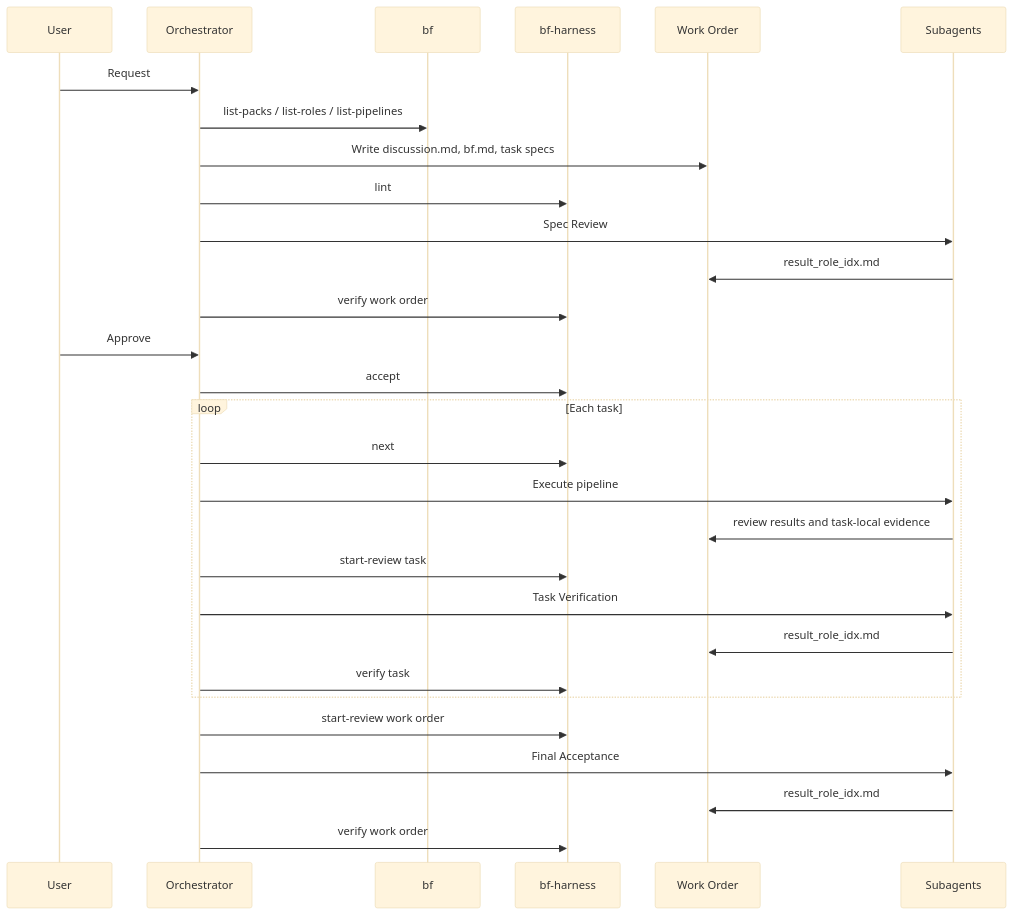
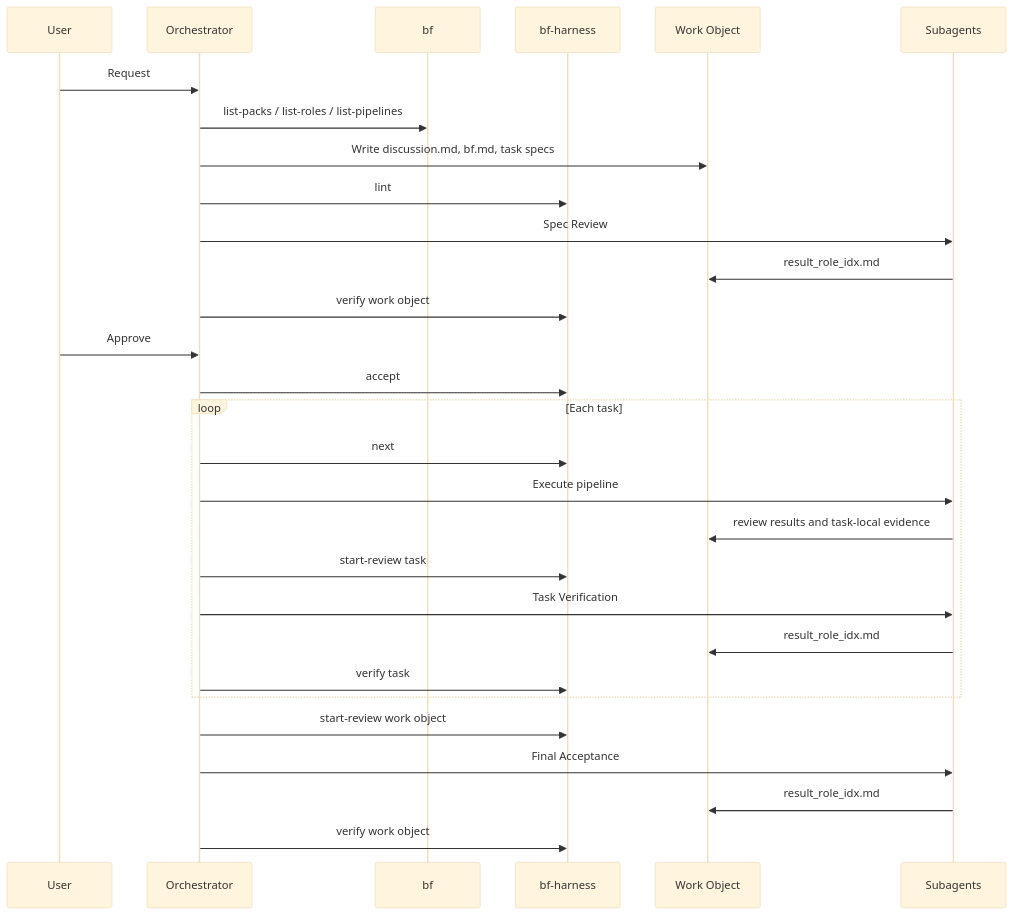
One commit to codetreker/blueprintflow changed the second of 2 diagrams in docs/architecture.md. Above: the diagram before and after it, drawn with Mermaid (base theme). The commit also changed other lines of this file and 28 other files, not shown here.

````diff
--- a/docs/architecture.md
+++ b/docs/architecture.md
@@ -77,32 +77,32 @@
 ```mermaid
 sequenceDiagram
   participant U as User
   participant O as Orchestrator
   participant B as bf
   participant H as bf-harness
-  participant W as Work Order
+  participant W as Work Object
   participant S as Subagents
 
   U->>O: Request
   O->>B: list-packs / list-roles / list-pipelines
   O->>W: Write discussion.md, bf.md, task specs
   O->>H: lint
   O->>S: Spec Review
   S->>W: result_role_idx.md
-  O->>H: verify work order
+  O->>H: verify work object
   U->>O: Approve
   O->>H: accept
   loop Each task
     O->>H: next
     O->>S: Execute pipeline
     S->>W: review results and task-local evidence
     O->>H: start-review task
     O->>S: Task Verification
     S->>W: result_role_idx.md
     O->>H: verify task
   end
-  O->>H: start-review work order
+  O->>H: start-review work object
   O->>S: Final Acceptance
   S->>W: result_role_idx.md
-  O->>H: verify work order
+  O->>H: verify work object
 ```
````
